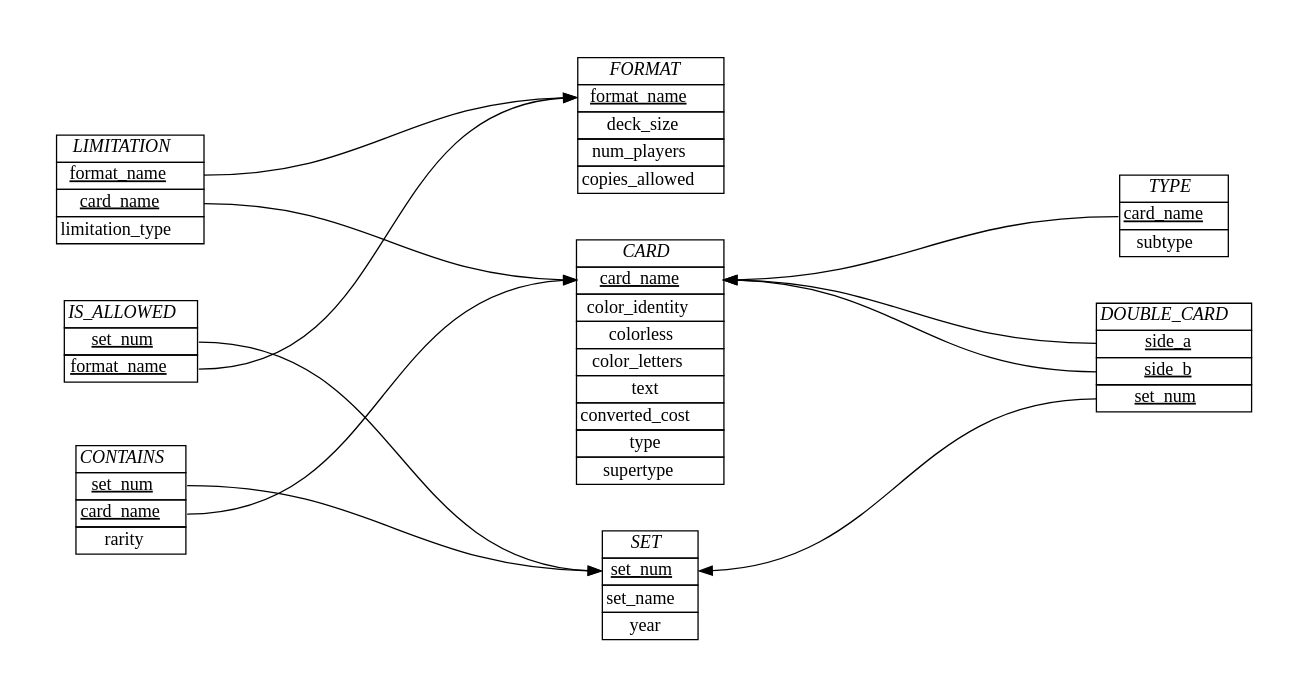
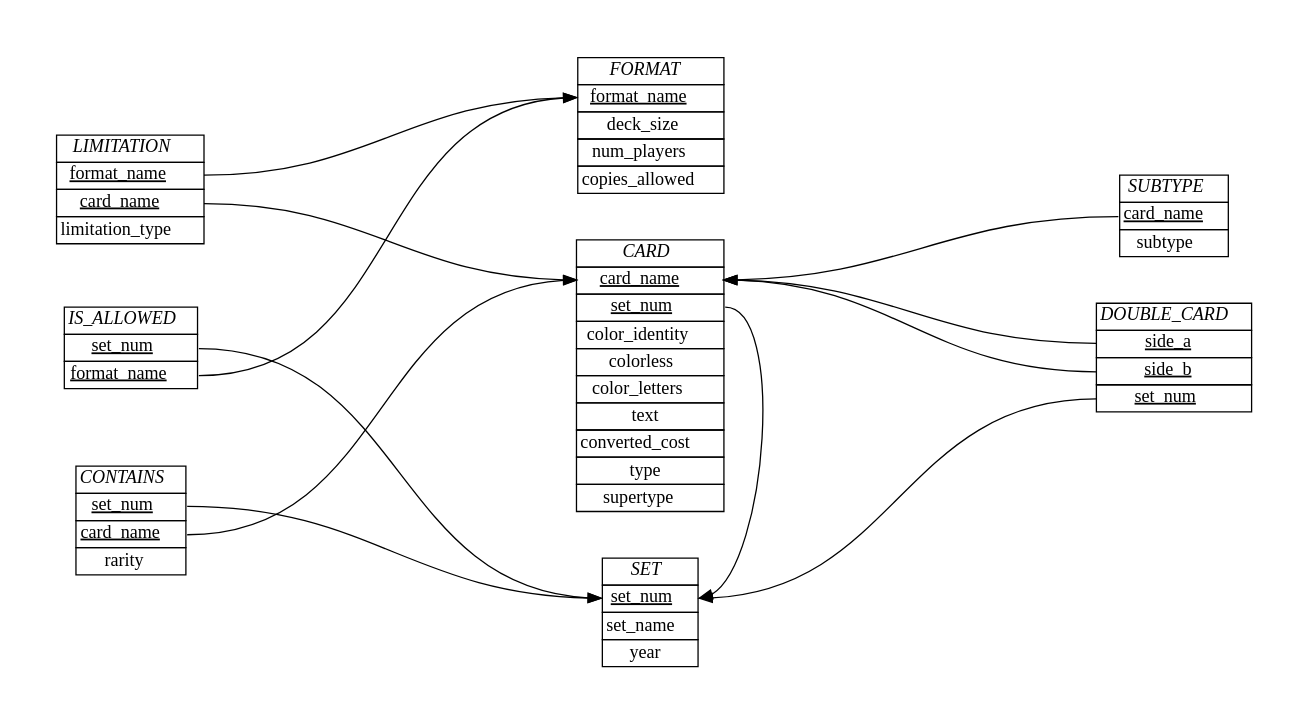
Before and after one commit to akilmarshall/trumark: the diagram in schema/ER_diagram.dot, drawn with Graphviz. The commit also changed 1 other file, not shown here.

Commit message:
fixed the schema update

```diff
--- a/schema/ER_diagram.dot
+++ b/schema/ER_diagram.dot
@@ -1,100 +1,103 @@
 digraph {
-    graph [splines=True, pad="0.5", nodesep="0.5", ranksep="4"];
+    graph [splines=true, pad="0.5", nodesep="0.5", ranksep="4"];
     node [shape=plain];
     rankdir=LR; 
 
     Format [label=<
         <table border="0" cellborder="1" cellspacing="0">
         <tr><td><i>FORMAT</i></td></tr>
         <tr><td port="1"><u>format_name</u></td></tr>
         <tr><td port="2">deck_size</td></tr>
         <tr><td port="3">num_players</td></tr>
         <tr><td port="4">copies_allowed</td></tr>
         </table>>];
 
     Set [label=<
         <table border="0" cellborder="1" cellspacing="0">
         <tr><td><i>SET</i></td></tr>
         <tr><td port="1"><u><font color="black">set_num</font></u></td></tr>
         <tr><td port="1"><font color="black">set_name</font></td></tr>
         <tr><td port="2">year</td></tr>
         </table>>];
 
     Card [label=<
         <table border="0" cellborder="1" cellspacing="0">
         <tr><td><i>CARD</i></td></tr>
         <tr><td port="1"><u><font color="black">card_name</font></u></td></tr>
-        <tr><td port="6">color_identity</td></tr>
-        <tr><td port="7">colorless</td></tr>
-        <tr><td port="8">color_letters</td></tr>
-        <tr><td port="9">text</td></tr>
-        <tr><td port="10">converted_cost</td></tr>
+        <tr><td port="2">color_identity</td></tr>
+        <tr><td port="3">colorless</td></tr>
+        <tr><td port="4">color_letters</td></tr>
+        <tr><td port="5">text</td></tr>
+        <tr><td port="6">converted_cost</td></tr>
         </table>>];
 
     Card [label=<
         <table border="0" cellborder="1" cellspacing="0">
         <tr><td><i>CARD</i></td></tr>
         <tr><td port="1"><u><font color="black">card_name</font></u></td></tr>
-        <tr><td port="2">color_identity</td></tr>
-        <tr><td port="3">colorless</td></tr>
-        <tr><td port="4">color_letters</td></tr>
-        <tr><td port="5">text</td></tr>
-        <tr><td port="6">converted_cost</td></tr>
-        <tr><td port="7">type</td></tr>
-        <tr><td port="8">supertype</td></tr>
+        <tr><td port="2"><u><font color="black">set_num</font></u></td></tr>
+        <tr><td port="3">color_identity</td></tr>
+        <tr><td port="4">colorless</td></tr>
+        <tr><td port="5">color_letters</td></tr>
+        <tr><td port="6">text</td></tr>
+        <tr><td port="7">converted_cost</td></tr>
+        <tr><td port="8">type</td></tr>
+        <tr><td port="9">supertype</td></tr>
         </table>>];
 
     Contains [label=<
         <table border="0" cellborder="1" cellspacing="0">
         <tr><td><i>CONTAINS</i></td></tr>
         <tr><td port="1"><u>set_num</u></td></tr>
         <tr><td port="2"><u>card_name</u></td></tr>
         <tr><td port="3">rarity</td></tr>
         </table>>];
 
     Is_allowed [label=<
         <table border="0" cellborder="1" cellspacing="0">
         <tr><td><i>IS_ALLOWED</i></td></tr>
         <tr><td port="1"><u>set_num</u></td></tr>
         <tr><td port="2"><u>format_name</u></td></tr>
         </table>>];
 
     Double_card [label=<
         <table border="0" cellborder="1" cellspacing="0">
         <tr><td><i>DOUBLE_CARD</i></td></tr>
         <tr><td port="1"><u>side_a</u></td></tr>
         <tr><td port="2"><u>side_b</u></td></tr>
         <tr><td port="3"><u>set_num</u></td></tr>
         </table>>];
 
     Limitation [label=< <table border="0" cellborder="1" cellspacing="0">
     <tr><td><i>LIMITATION</i></td></tr>
     <tr><td port="1"><u>format_name</u></td></tr>
     <tr><td port="2"><u>card_name</u></td></tr>
     <tr><td port="3">limitation_type</td></tr>
     </table>>];
 
     Subtype [label=<
         <table border="0" cellborder="1" cellspacing="0">
-        <tr><td><i>TYPE</i></td></tr>
+        <tr><td><i>SUBTYPE</i></td></tr>
         <tr><td port="1"><u>card_name</u></td></tr>
         <tr><td port="2">subtype</td></tr>
         </table>>];
 
     Is_allowed:1 -> Set:1 [color=black];
     Is_allowed:2 -> Format:1;
 
     Contains:1 -> Set:1 [color=black];
     Contains:2 -> Card:1;
 
     Limitation:1 -> Format:1;
     Limitation:2 -> Card:1;
 
+    Card:2 -> Set:1 [constraint=false];
+
     edge [dir="back"];
 
     Card:1 -> Subtype:1 ;
 
     Card:1 -> Double_card:1;
     Card:1 -> Double_card:2;
     Set:1 -> Double_card:3;
 }
```
